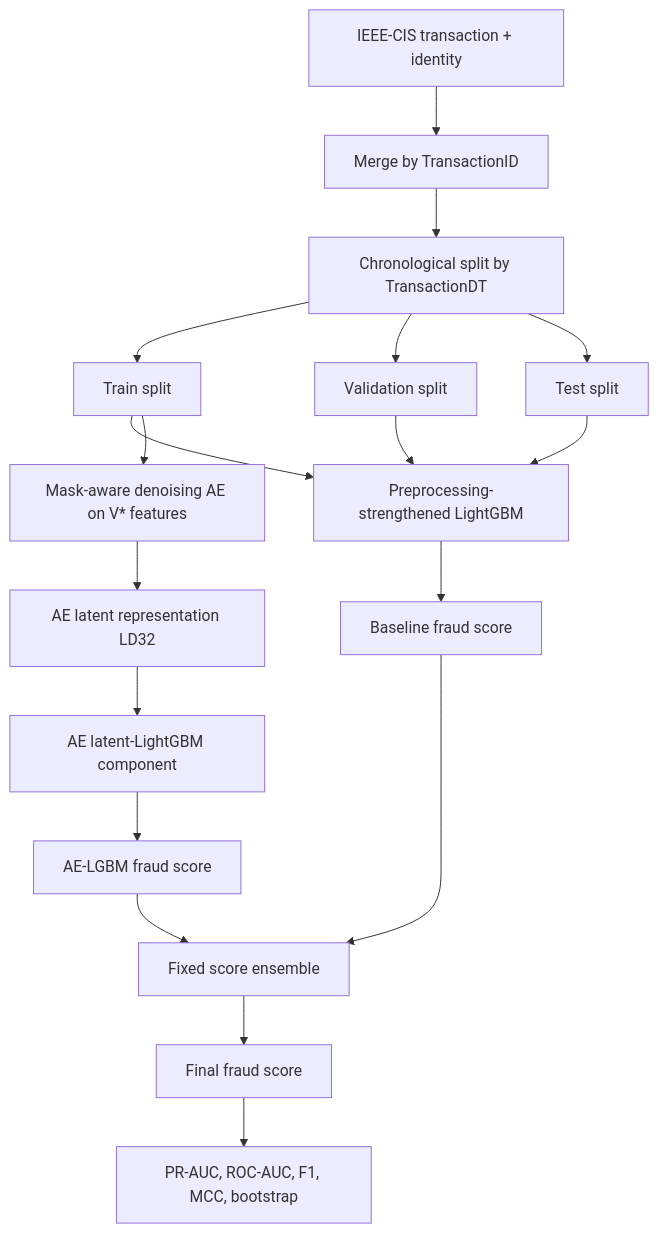
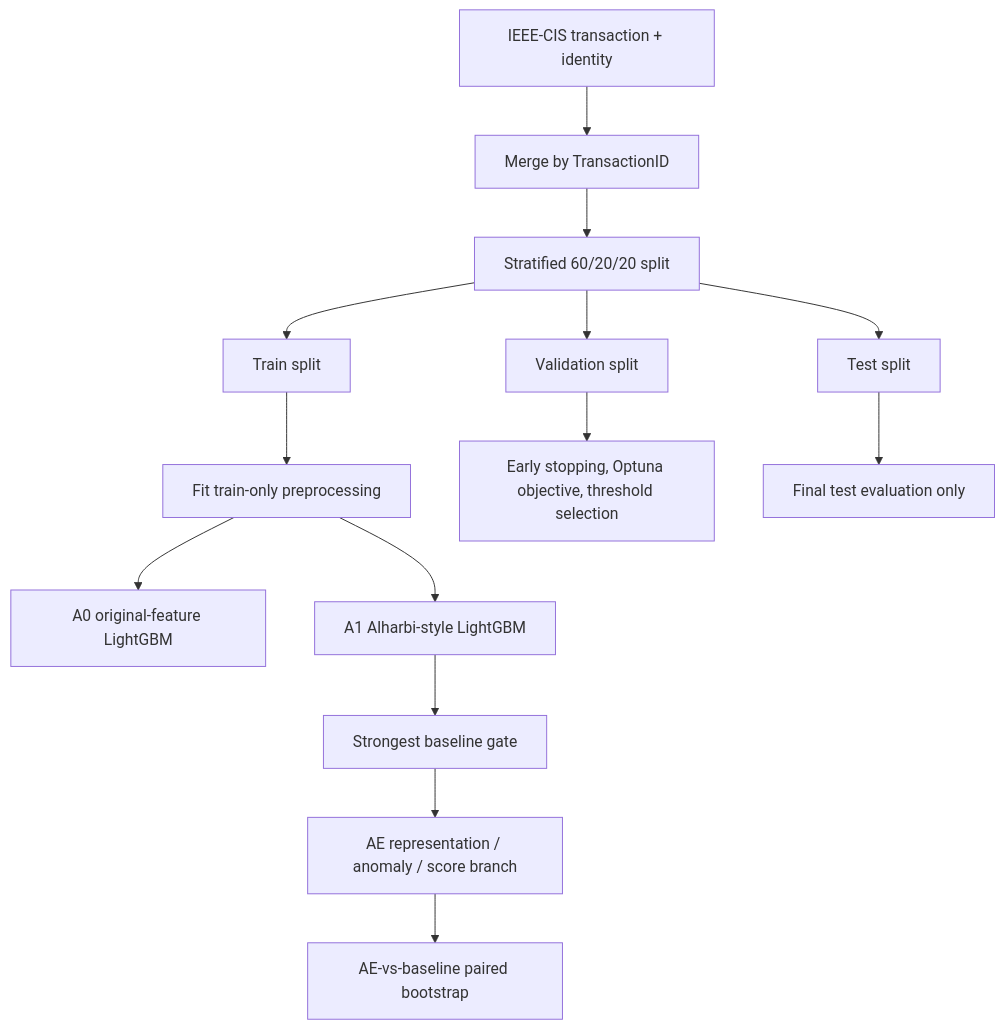
The diagram in docs/BAB3_METHOD_ADJUSTMENT.md (fahmiridho07/ecommerce_fraud_detection), drawn with Mermaid before and after one commit. The commit also changed other lines of this file and 47 other files, not shown here.

````diff
--- a/docs/BAB3_METHOD_ADJUSTMENT.md
+++ b/docs/BAB3_METHOD_ADJUSTMENT.md
@@ -36,23 +41,16 @@
 ```mermaid
 flowchart TD
     A["IEEE-CIS transaction + identity"] --> B["Merge by TransactionID"]
-    B --> C["Chronological split by TransactionDT"]
+    B --> C["Stratified 60/20/20 split"]
     C --> D1["Train split"]
     C --> D2["Validation split"]
     C --> D3["Test split"]
-
-    D1 --> E1["Preprocessing-strengthened LightGBM"]
-    D2 --> E1
-    D3 --> E1
-
-    D1 --> F1["Mask-aware denoising AE on V* features"]
-    F1 --> F2["AE latent representation LD32"]
-    F2 --> G1["AE latent-LightGBM component"]
-
-    E1 --> H1["Baseline fraud score"]
-    G1 --> H2["AE-LGBM fraud score"]
-    H1 --> I["Fixed score ensemble"]
-    H2 --> I
-    I --> J["Final fraud score"]
-    J --> K["PR-AUC, ROC-AUC, F1, MCC, bootstrap"]
+    D1 --> E["Fit train-only preprocessing"]
+    E --> F1["A0 original-feature LightGBM"]
+    E --> F2["A1 Alharbi-style LightGBM"]
+    D2 --> G["Early stopping, Optuna objective, threshold selection"]
+    D3 --> H["Final test evaluation only"]
+    F2 --> I["Strongest baseline gate"]
+    I --> J["AE representation / anomaly / score branch"]
+    J --> K["AE-vs-baseline paired bootstrap"]
 ```
````
